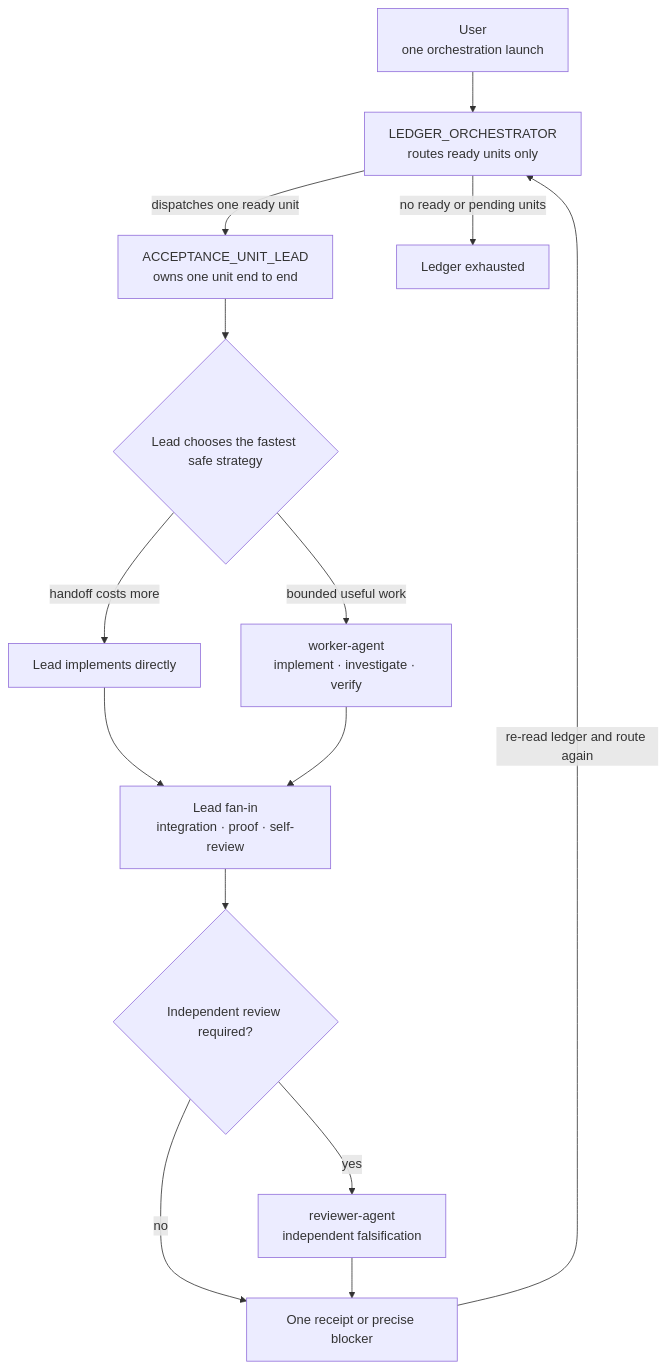
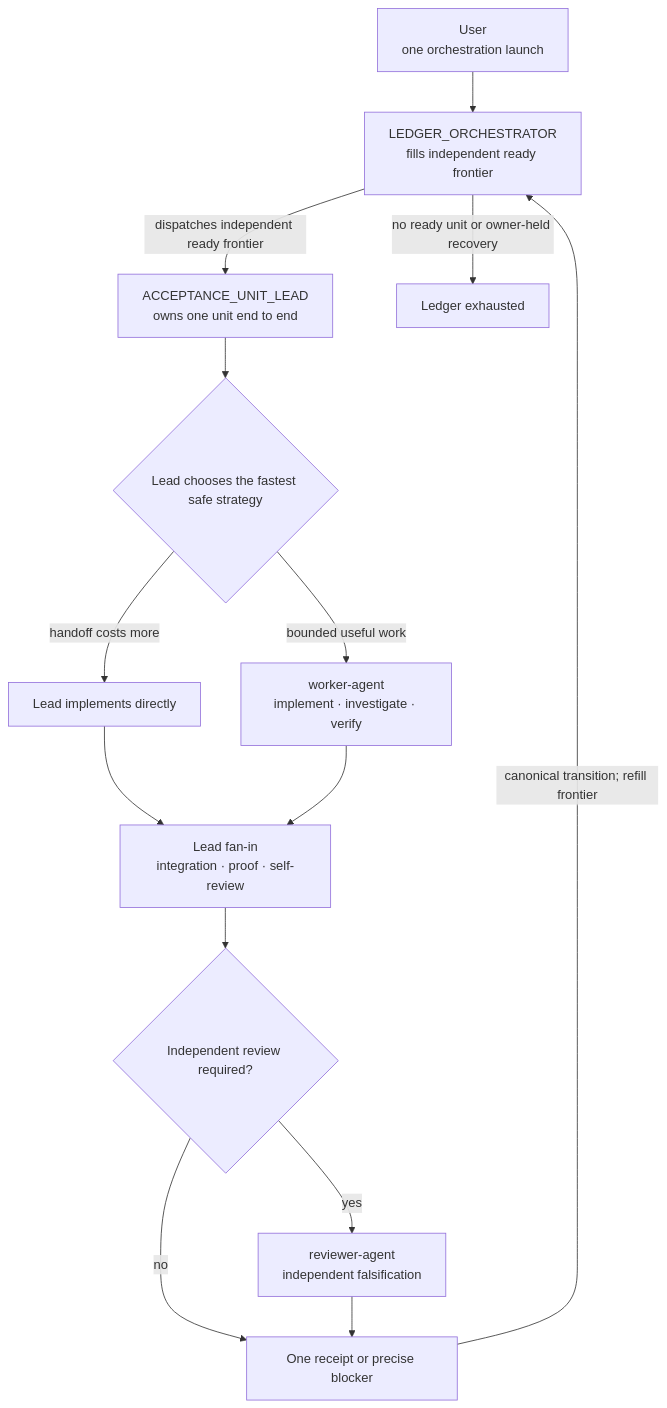
One commit to Dankosik/go-service-template-rest changed the second of 2 diagrams in README.md. Above: the diagram before and after it, drawn with Mermaid. The commit also changed other lines of this file and 295 other files, not shown here.

````diff
--- a/README.md
+++ b/README.md
@@ -227,28 +228,28 @@
 ```mermaid
 flowchart TD
     user["User<br/>one orchestration launch"]
-    orchestrator["LEDGER_ORCHESTRATOR<br/>routes ready units only"]
+    orchestrator["LEDGER_ORCHESTRATOR<br/>fills independent ready frontier"]
     lead["ACCEPTANCE_UNIT_LEAD<br/>owns one unit end to end"]
     strategy{"Lead chooses the fastest safe strategy"}
     direct["Lead implements directly"]
     delegated["worker-agent<br/>implement · investigate · verify"]
     fanin["Lead fan-in<br/>integration · proof · self-review"]
     review{"Independent review required?"}
     reviewer["reviewer-agent<br/>independent falsification"]
     receipt["One receipt or precise blocker"]
     done["Ledger exhausted"]
 
     user --> orchestrator
-    orchestrator -->|"dispatches one ready unit"| lead
+    orchestrator -->|"dispatches independent ready frontier"| lead
     lead --> strategy
     strategy -->|"handoff costs more"| direct
     strategy -->|"bounded useful work"| delegated
     direct --> fanin
     delegated --> fanin
     fanin --> review
     review -->|"yes"| reviewer
     review -->|"no"| receipt
     reviewer --> receipt
-    receipt -->|"re-read ledger and route again"| orchestrator
-    orchestrator -->|"no ready or pending units"| done
+    receipt -->|"canonical transition; refill frontier"| orchestrator
+    orchestrator -->|"no ready unit or owner-held recovery"| done
 ```
````
